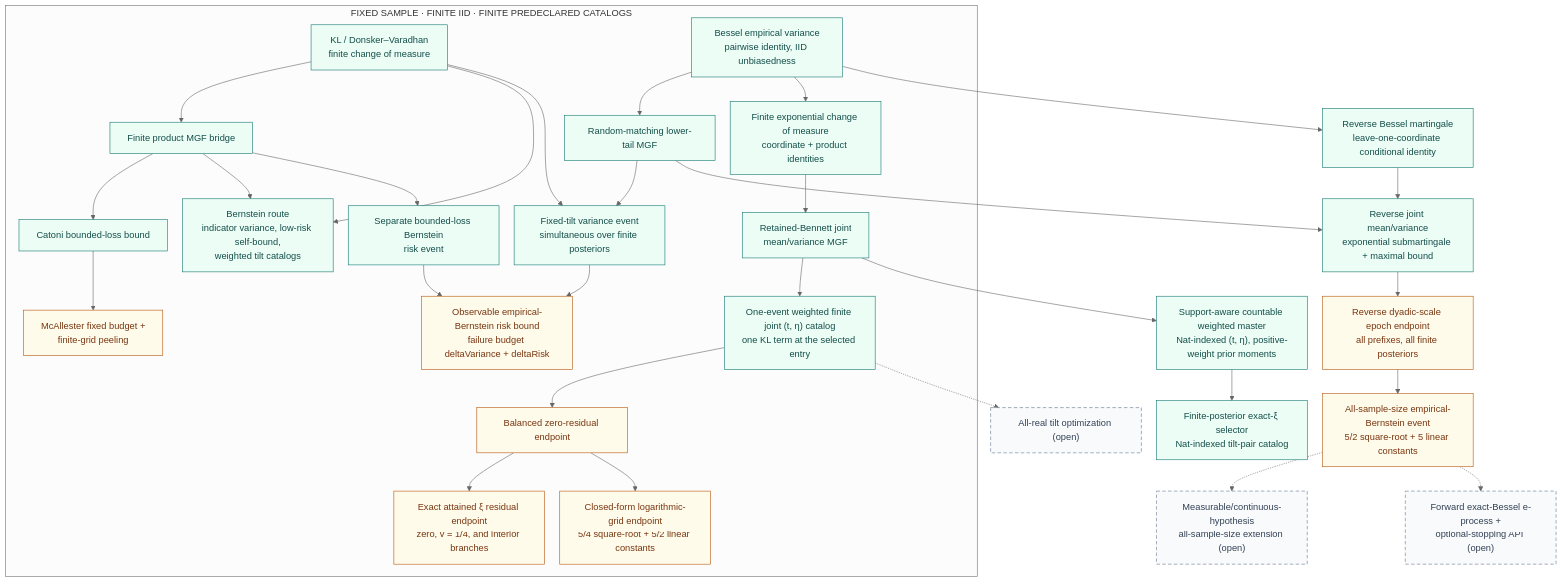
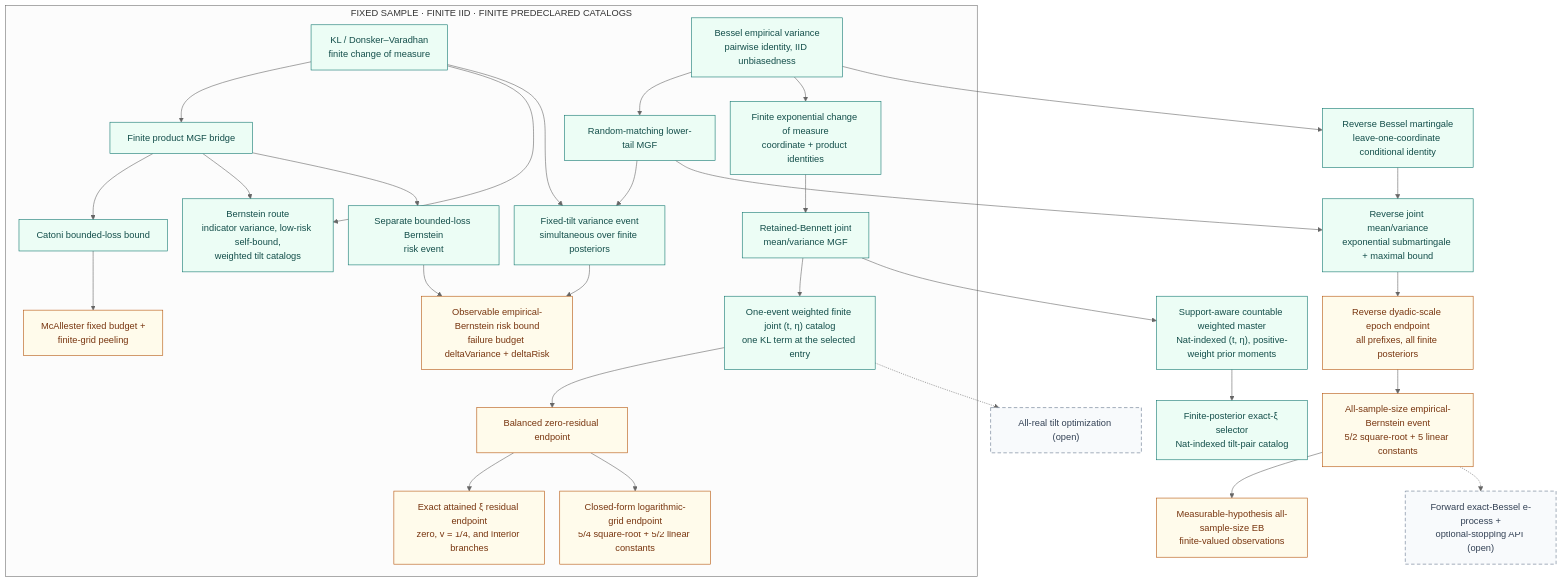
The third of 4 diagrams in docs/diagrams.md (Robby955/FormalSLT), drawn with Mermaid before and after one commit. The commit also changed other lines of this file and 19 other files, not shown here.

Commit message:
docs(pac-bayes): publish continuous all-sample-size bound

````diff
--- a/docs/diagrams.md
+++ b/docs/diagrams.md
@@ -124,66 +124,66 @@
 ```mermaid
 %%{init: {'theme': 'neutral', 'flowchart': {'rankSpacing': 42, 'nodeSpacing': 26}}}%%
 flowchart TD
     subgraph scope["FIXED SAMPLE &middot; FINITE IID &middot; FINITE PREDECLARED CATALOGS"]
         kl["KL / Donsker–Varadhan<br/>finite change of measure"]
         pmgf["Finite product MGF bridge"]
         catoni["Catoni bounded-loss bound"]
         mcallester["McAllester fixed budget +<br/>finite-grid peeling"]
         bern["Bernstein route<br/>indicator variance, low-risk self-bound,<br/>weighted tilt catalogs"]
         bessel["Bessel empirical variance<br/>pairwise identity, IID unbiasedness"]
         matching["Random-matching lower-tail MGF"]
         varevent["Fixed-tilt variance event<br/>simultaneous over finite posteriors"]
         riskevent["Separate bounded-loss Bernstein<br/>risk event"]
         ebrisk["Observable empirical-Bernstein risk bound<br/>failure budget deltaVariance + deltaRisk"]
         tilt["Finite exponential change of measure<br/>coordinate + product identities"]
         jointmgf["Retained-Bennett joint<br/>mean/variance MGF"]
         jointcat["One-event weighted finite joint (t, η) catalog<br/>one KL term at the selected entry"]
         zerores["Balanced zero-residual endpoint"]
         xires["Exact attained ξ residual endpoint<br/>zero, v = 1/4, and interior branches"]
         sqrtbound["Closed-form logarithmic-grid endpoint<br/>5/4 square-root + 5/2 linear constants"]
     end
     countablemaster["Support-aware countable weighted master<br/>Nat-indexed (t, η), positive-weight prior moments"]
     countableposterior["Finite-posterior exact-ξ selector<br/>Nat-indexed tilt-pair catalog"]
     reversebessel["Reverse Bessel martingale<br/>leave-one-coordinate conditional identity"]
     reversejoint["Reverse joint mean/variance<br/>exponential submartingale + maximal bound"]
     reversegrid["Reverse dyadic-scale epoch endpoint<br/>all prefixes, all finite posteriors"]
     stitched["All-sample-size empirical-Bernstein event<br/>5/2 square-root + 5 linear constants"]
     allreal["All-real tilt optimization (open)"]
-    continuousEB["Measurable/continuous-hypothesis<br/>all-sample-size extension (open)"]
+    continuousEB["Measurable-hypothesis all-sample-size EB<br/>finite-valued observations"]
     forwardEB["Forward exact-Bessel e-process +<br/>optional-stopping API (open)"]
 
     kl --> pmgf
     pmgf --> catoni
     catoni --> mcallester
     kl --> bern
     pmgf --> bern
     bessel --> matching
     matching --> varevent
     kl --> varevent
     pmgf --> riskevent
     varevent --> ebrisk
     riskevent --> ebrisk
     bessel --> tilt
     tilt --> jointmgf
     jointmgf --> jointcat
     jointcat --> zerores
     zerores --> xires
     zerores --> sqrtbound
     jointmgf --> countablemaster
     countablemaster --> countableposterior
     bessel --> reversebessel
     matching --> reversejoint
     reversebessel --> reversejoint
     reversejoint --> reversegrid
     reversegrid --> stitched
     jointcat -.-> allreal
-    stitched -.-> continuousEB
+    stitched --> continuousEB
     stitched -.-> forwardEB
 
     classDef checked fill:#ecfdf5,stroke:#0f766e,color:#134e4a;
     classDef endpointNode fill:#fffbeb,stroke:#b45309,color:#78350f;
     classDef open fill:#f8fafc,stroke:#64748b,color:#334155,stroke-dasharray:6 4;
     class kl,pmgf,catoni,bern,bessel,matching,varevent,riskevent,tilt,jointmgf,jointcat,countablemaster,countableposterior,reversebessel,reversejoint checked;
-    class mcallester,ebrisk,zerores,xires,sqrtbound,reversegrid,stitched endpointNode;
-    class allreal,continuousEB,forwardEB open;
+    class mcallester,ebrisk,zerores,xires,sqrtbound,reversegrid,stitched,continuousEB endpointNode;
+    class allreal,forwardEB open;
 ```
````
